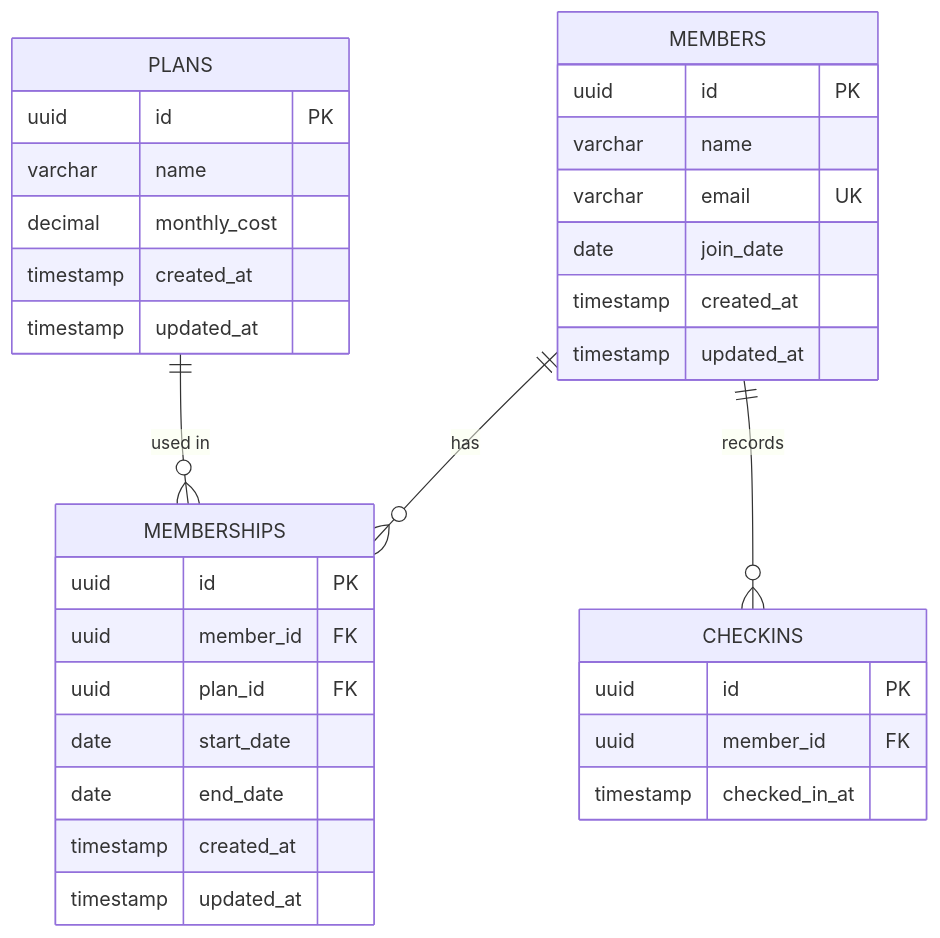
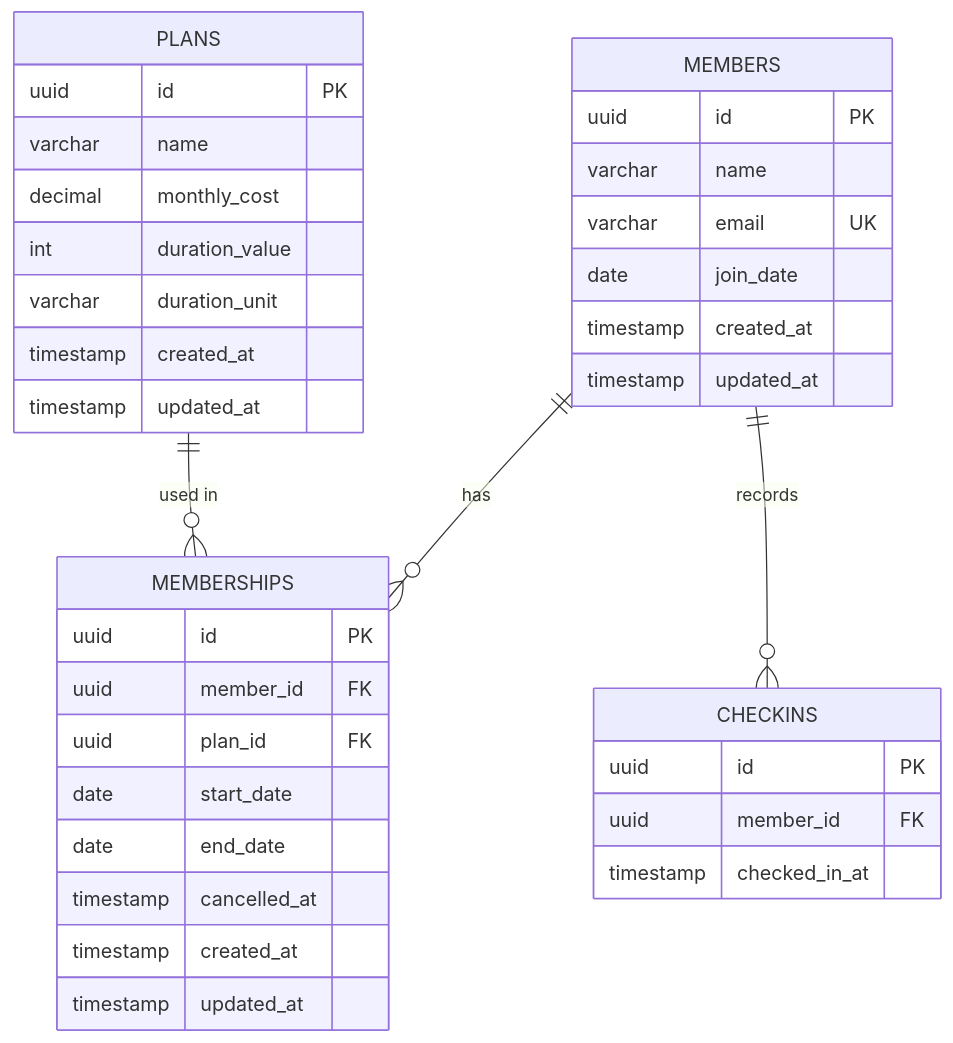
Before and after one commit to amanganello/membership-management-app: the diagram in TECH_SPEC.md, drawn with Mermaid. The commit also changed other lines of this file and 2 other files, not shown here.

Commit message:
feat: updated architecture file and tech_spec file, fixed build error on back-end

````diff
--- a/TECH_SPEC.md
+++ b/TECH_SPEC.md
@@ -7,39 +7,42 @@
 ```mermaid
 erDiagram
     MEMBERS ||--o{ MEMBERSHIPS : has
     PLANS ||--o{ MEMBERSHIPS : "used in"
     MEMBERS ||--o{ CHECKINS : records
     
     MEMBERS {
         uuid id PK
         varchar name
         varchar email UK
         date join_date
         timestamp created_at
         timestamp updated_at
     }
     
     PLANS {
         uuid id PK
         varchar name
         decimal monthly_cost
+        int duration_value
+        varchar duration_unit
         timestamp created_at
         timestamp updated_at
     }
     
     MEMBERSHIPS {
         uuid id PK
         uuid member_id FK
         uuid plan_id FK
         date start_date
         date end_date
+        timestamp cancelled_at
         timestamp created_at
         timestamp updated_at
     }
     
     CHECKINS {
         uuid id PK
         uuid member_id FK
         timestamp checked_in_at
     }
 ```
````
